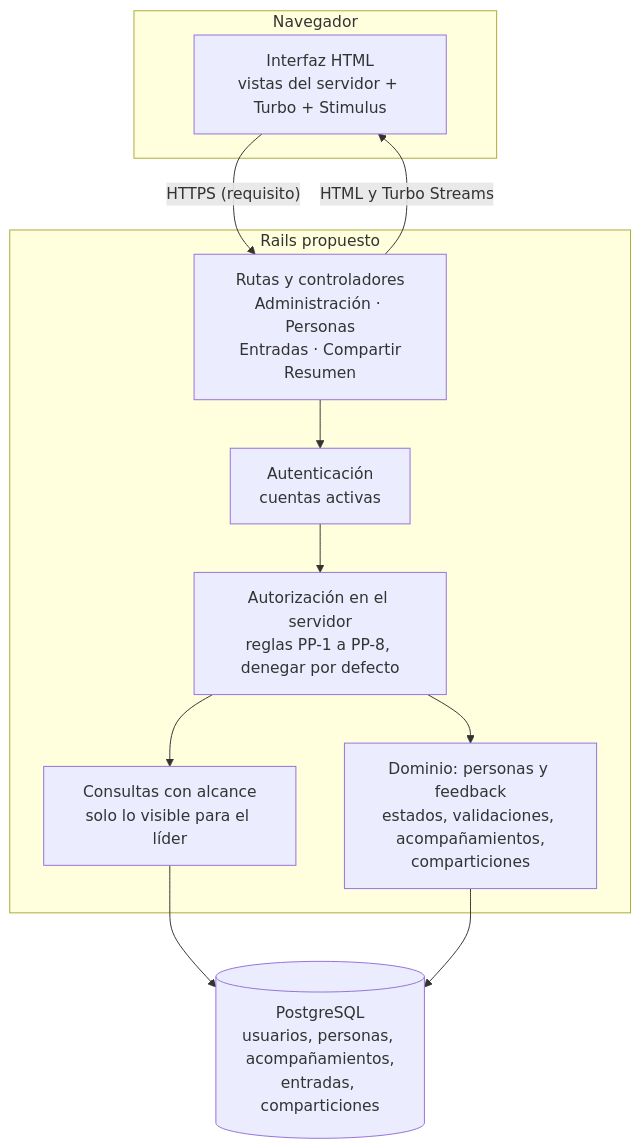
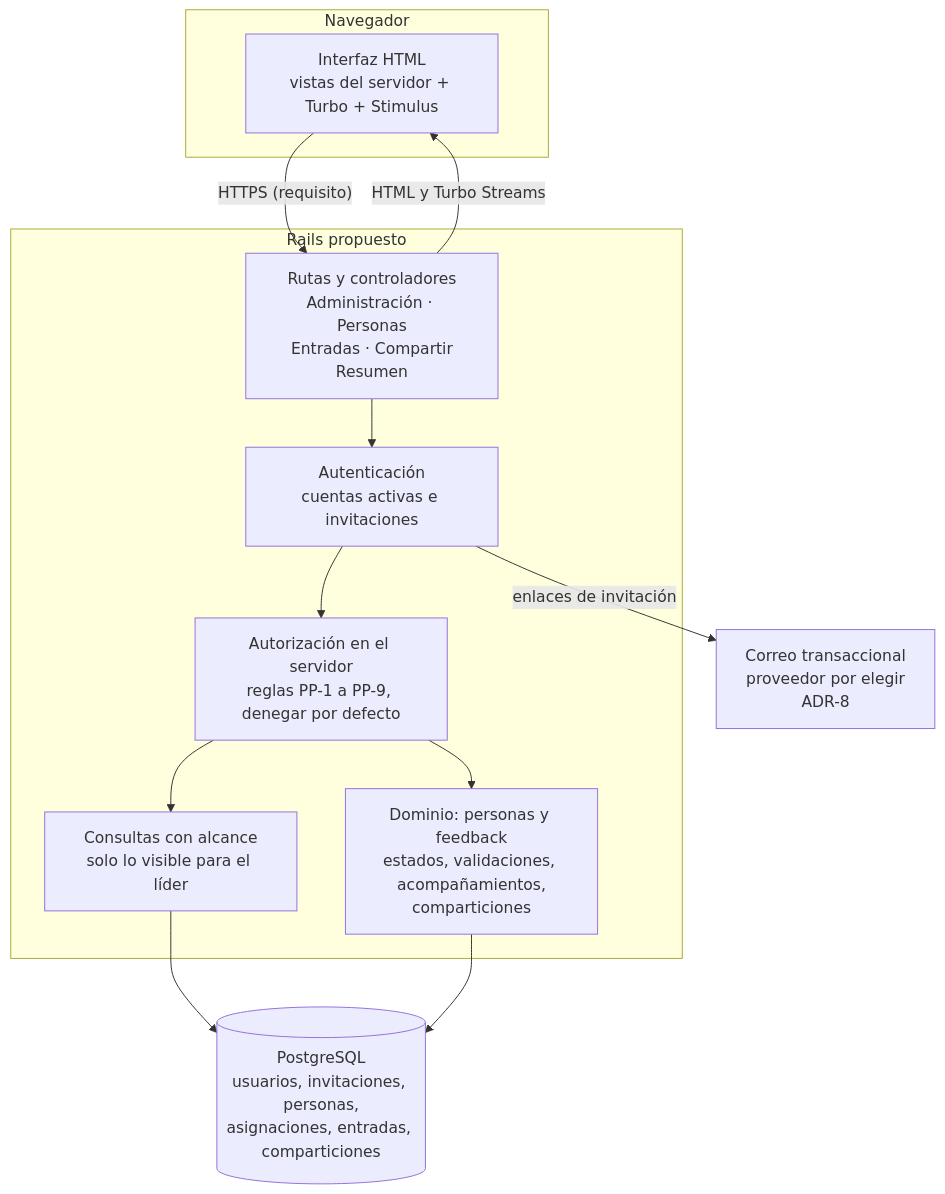
The first of 4 diagrams in README.md (pablo-wpify/ensayo-openspec-growth-log), drawn with Mermaid before and after one commit. The commit also changed other lines of this file and 7 other files, not shown here.

````diff
--- a/README.md
+++ b/README.md
@@ -238,22 +242,24 @@
 ```mermaid
 flowchart TB
   subgraph NAV["Navegador"]
     UI["Interfaz HTML<br/>vistas del servidor + Turbo + Stimulus"]
   end
   subgraph APP["Rails propuesto"]
     RT["Rutas y controladores<br/>Administración · Personas<br/>Entradas · Compartir<br/>Resumen"]
-    AUTH["Autenticación<br/>cuentas activas"]
-    POL["Autorización en el servidor<br/>reglas PP-1 a PP-8, denegar por defecto"]
+    AUTH["Autenticación<br/>cuentas activas e invitaciones"]
+    POL["Autorización en el servidor<br/>reglas PP-1 a PP-9, denegar por defecto"]
     SCOPE["Consultas con alcance<br/>solo lo visible para el líder"]
     DOM["Dominio: personas y feedback<br/>estados, validaciones, acompañamientos,<br/>comparticiones"]
   end
-  DB[("PostgreSQL<br/>usuarios, personas, acompañamientos,<br/>entradas, comparticiones")]
+  DB[("PostgreSQL<br/>usuarios, invitaciones, personas,<br/>asignaciones, entradas, comparticiones")]
+  MAIL["Correo transaccional<br/>proveedor por elegir<br/>ADR-8"]
   UI -- "HTTPS (requisito)" --> RT
   RT --> AUTH
   AUTH --> POL
   POL --> SCOPE
   POL --> DOM
   SCOPE --> DB
   DOM --> DB
   RT -- "HTML y Turbo Streams" --> UI
+  AUTH -- "enlaces de invitación" --> MAIL
 ```
````
